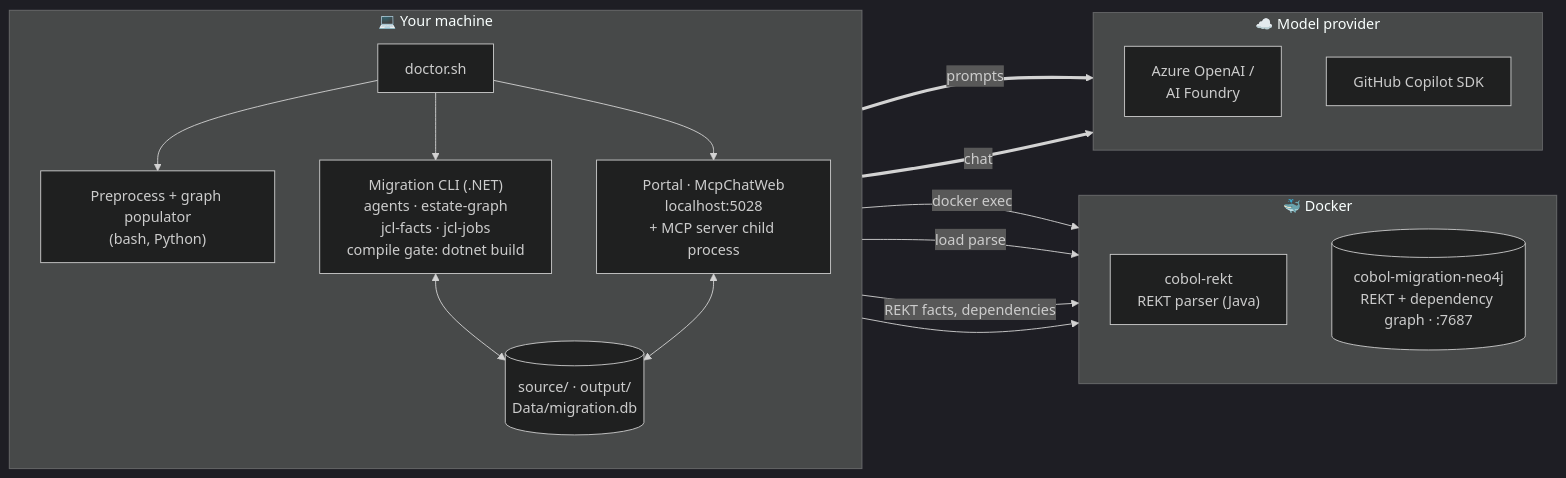
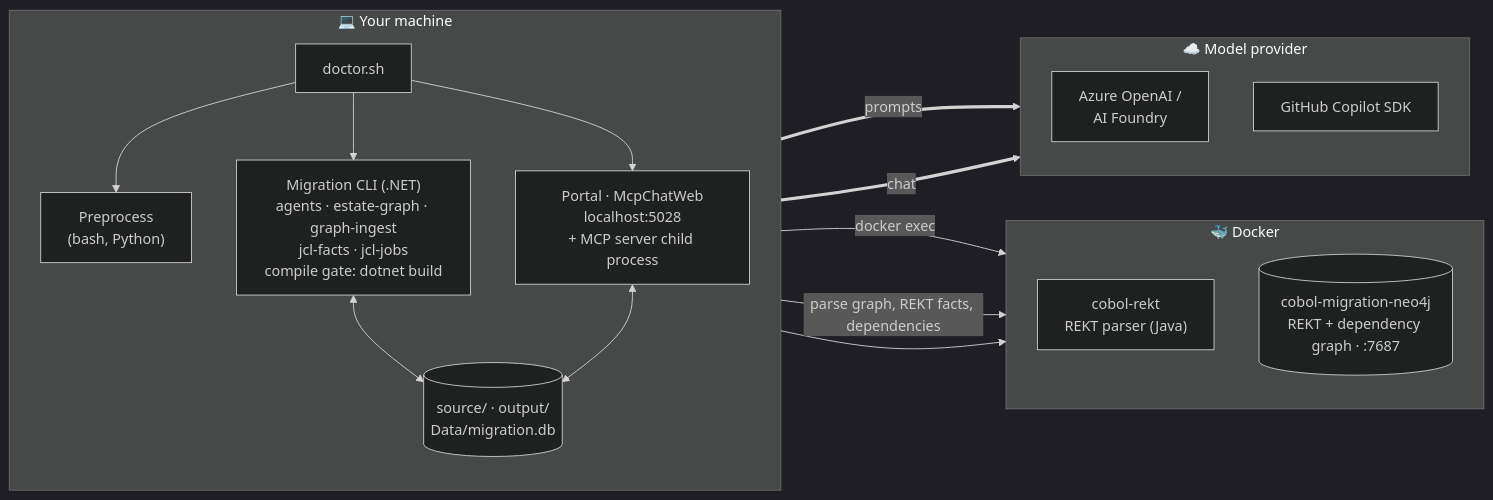
One commit to Azure-Samples/Legacy-Modernization-Agents changed the second of 9 diagrams in README.md. Above: the diagram before and after it, drawn with Mermaid (dark theme). The commit also changed other lines of this file and 45 other files, not shown here.

First line of the commit message:
Port the graph populator to a .NET graph-ingest command

````diff
--- a/README.md
+++ b/README.md
@@ -150,35 +150,34 @@
 ```mermaid
 flowchart LR
     subgraph HOST["💻 Your machine"]
         direction TB
         DOCTOR["doctor.sh"]
-        CLI["Migration CLI (.NET)<br/>agents · estate-graph<br/>jcl-facts · jcl-jobs<br/>compile gate: dotnet build"]
+        CLI["Migration CLI (.NET)<br/>agents · estate-graph · graph-ingest<br/>jcl-facts · jcl-jobs<br/>compile gate: dotnet build"]
         WEB["Portal · McpChatWeb<br/>localhost:5028<br/>+ MCP server child process"]
-        PRE["Preprocess + graph populator<br/>(bash, Python)"]
+        PRE["Preprocess<br/>(bash, Python)"]
         FILES[("source/ · output/<br/>Data/migration.db")]
         DOCTOR --> PRE
         DOCTOR --> CLI
         DOCTOR --> WEB
     end
 
     subgraph DOCKER["🐳 Docker"]
         direction TB
         REKT["cobol-rekt<br/>REKT parser (Java)"]
         NEO[("cobol-migration-neo4j<br/>REKT + dependency graph · :7687")]
     end
 
     subgraph CLOUD["☁️ Model provider"]
         direction TB
         AOAI["Azure OpenAI /<br/>AI Foundry"]
         GHCP["GitHub Copilot SDK"]
     end
 
     PRE -->|docker exec| REKT
-    PRE -->|load parse| NEO
     CLI <--> FILES
-    CLI -->|REKT facts, dependencies| NEO
+    CLI -->|parse graph, REKT facts, dependencies| NEO
     WEB <--> FILES
     WEB --> NEO
     CLI ==>|prompts| CLOUD
     WEB ==>|chat| CLOUD
 ```
````
